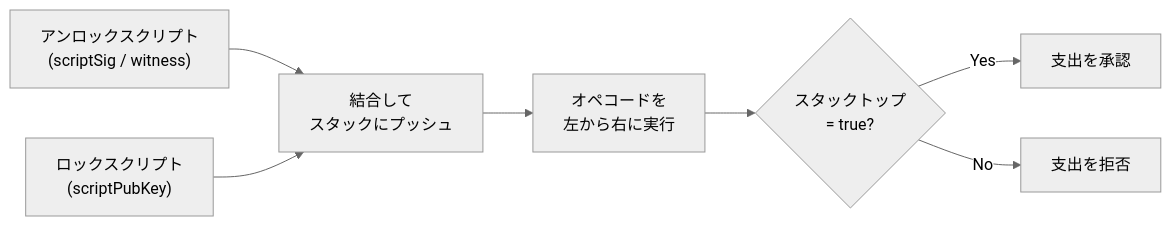
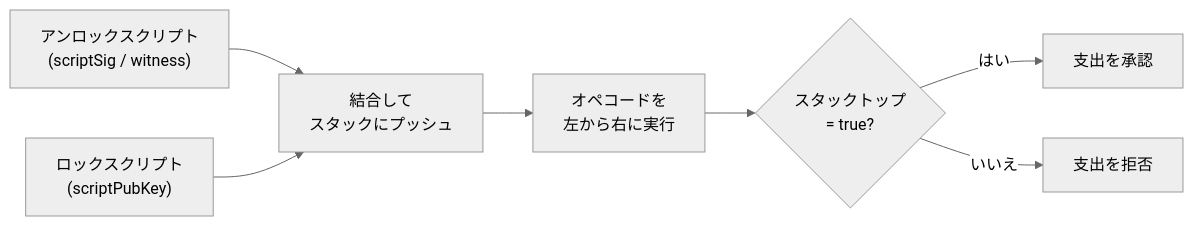
One commit to cypher256/BitcoinArchive changed the third of 5 diagrams in src/data/translations/ja/design/2009-01-03-bitcoin-transaction-design.md. Above: the diagram before and after it, drawn with Mermaid (neutral theme). The commit also changed 7 other files, not shown here.

````diff
--- a/src/data/translations/ja/design/2009-01-03-bitcoin-transaction-design.md
+++ b/src/data/translations/ja/design/2009-01-03-bitcoin-transaction-design.md
@@ -148,9 +148,9 @@
 ```mermaid
 flowchart LR
     SIG["アンロックスクリプト\n(scriptSig / witness)"] --> STACK["結合して\nスタックにプッシュ"]
     LOCK["ロックスクリプト\n(scriptPubKey)"] --> STACK
     STACK --> EVAL["オペコードを\n左から右に実行"]
     EVAL --> CHECK{"スタックトップ\n= true?"}
-    CHECK -- "Yes" --> VALID["支出を承認"]
-    CHECK -- "No" --> INVALID["支出を拒否"]
+    CHECK -- "はい" --> VALID["支出を承認"]
+    CHECK -- "いいえ" --> INVALID["支出を拒否"]
 ```
````
